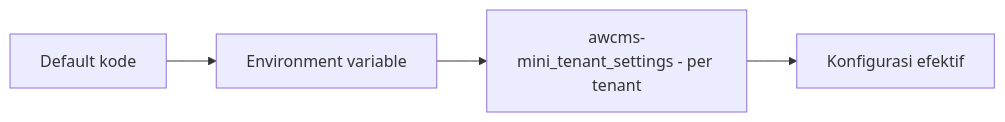
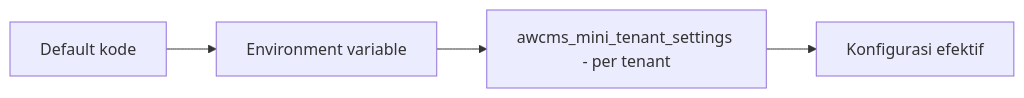
One commit to ahliweb/awcms-mini changed the first of 3 diagrams in docs/awcms-mini/18_configuration_env_reference.md. Above: the diagram before and after it, drawn with Mermaid. The commit also changed other lines of this file and 12 other files, not shown here.

First line of the commit message:
docs(naming): unify awcms_mini_ table/env-var prefix across docs

````diff
--- a/docs/awcms-mini/18_configuration_env_reference.md
+++ b/docs/awcms-mini/18_configuration_env_reference.md
@@ -30,4 +30,4 @@
 ```mermaid
 flowchart LR
-  Def[Default kode] --> Env[Environment variable] --> Set[awcms-mini_tenant_settings - per tenant] --> Eff[Konfigurasi efektif]
+  Def[Default kode] --> Env[Environment variable] --> Set[awcms_mini_tenant_settings - per tenant] --> Eff[Konfigurasi efektif]
 ```
````
